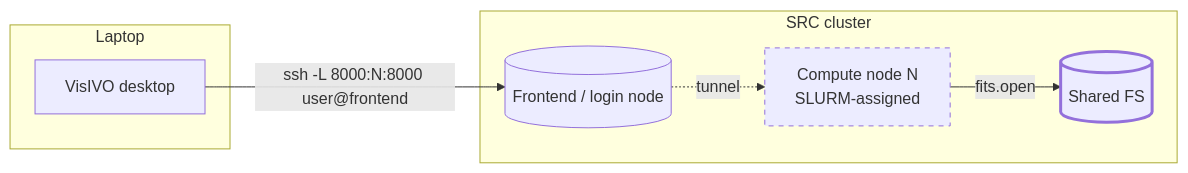
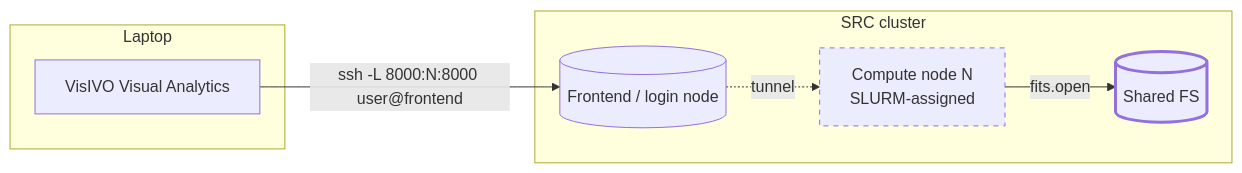
The first of 2 diagrams in docs/client-integration/slurm-backed-backend.md (VisIVOLab/SKAVA), drawn with Mermaid before and after one commit. The commit also changed other lines of this file and 95 other files, not shown here.

````diff
--- a/docs/client-integration/slurm-backed-backend.md
+++ b/docs/client-integration/slurm-backed-backend.md
@@ -23,18 +23,18 @@
 ```{mermaid}
 flowchart LR
     subgraph laptop["Laptop"]
-        Client[VisIVO desktop]
+        Client[VisIVO Visual Analytics]
     end
     subgraph cluster["SRC cluster"]
         Frontend[(Frontend / login node)]
         Compute[Compute node N<br/>SLURM-assigned]
         FS[(Shared FS)]
     end
 
     Client -- "ssh -L 8000:N:8000 user@frontend" --> Frontend
     Frontend -.tunnel.-> Compute
     Compute -- "fits.open" --> FS
 
     style Compute stroke-dasharray: 5 5
     style FS stroke-width: 3px
 ```
````
